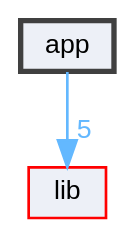
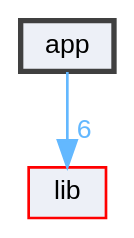
One commit to helcsnewsxd/gsc-interpreter changed the diagram in dir_d422163b96683743ed3963d4aac17747_dep.dot. Above: the diagram before and after it, drawn with Graphviz. The commit also changed 105 other files, not shown here.

```diff
--- a/dir_d422163b96683743ed3963d4aac17747_dep.dot
+++ b/dir_d422163b96683743ed3963d4aac17747_dep.dot
@@ -1,11 +1,11 @@
 digraph "app"
 {
  // LATEX_PDF_SIZE
   bgcolor="transparent";
   edge [fontname=Helvetica,fontsize=10,labelfontname=Helvetica,labelfontsize=10];
   node [fontname=Helvetica,fontsize=10,shape=box,height=0.2,width=0.4];
   compound=true
   dir_d422163b96683743ed3963d4aac17747 [label="app", fillcolor="#edf0f7", color="grey25", style="filled,bold", URL="dir_d422163b96683743ed3963d4aac17747.html",tooltip=""];
   dir_97aefd0d527b934f1d99a682da8fe6a9 [label="lib", fillcolor="#edf0f7", color="red", style="filled", URL="dir_97aefd0d527b934f1d99a682da8fe6a9.html",tooltip=""];
-  dir_d422163b96683743ed3963d4aac17747->dir_97aefd0d527b934f1d99a682da8fe6a9 [headlabel="5", labeldistance=1.5 headhref="dir_000000_000004.html" href="dir_000000_000004.html" color="steelblue1" fontcolor="steelblue1"];
+  dir_d422163b96683743ed3963d4aac17747->dir_97aefd0d527b934f1d99a682da8fe6a9 [headlabel="6", labeldistance=1.5 headhref="dir_000000_000004.html" href="dir_000000_000004.html" color="steelblue1" fontcolor="steelblue1"];
 }
```
